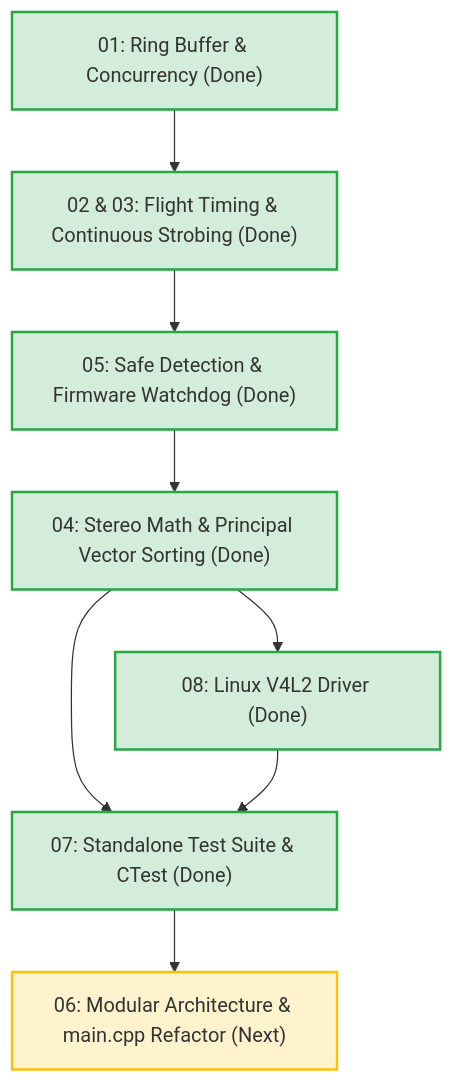
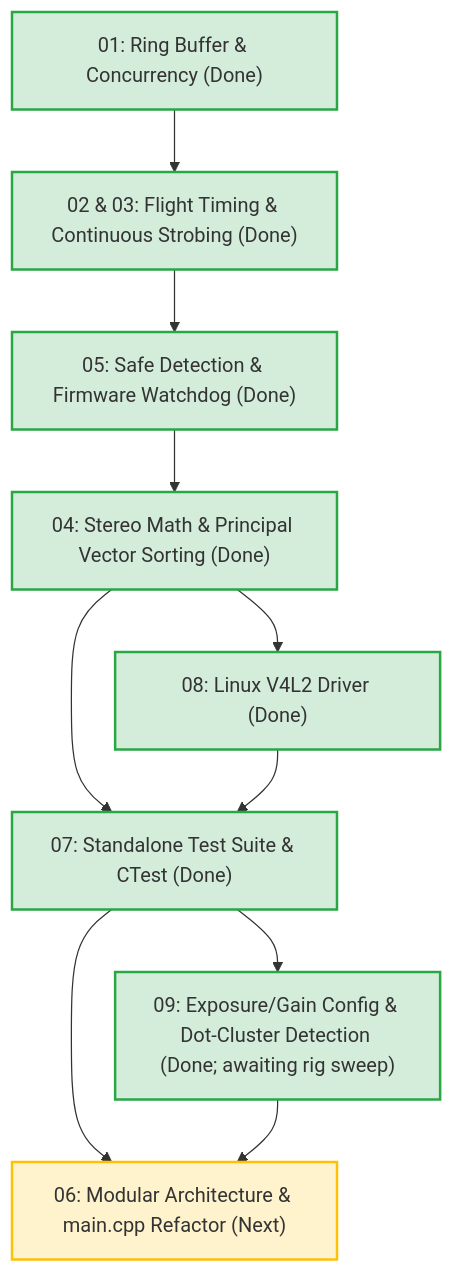
Before and after one commit to hward7044/GolfSim: the diagram in docs/refactor/README.md, drawn with Mermaid. The commit also changed other lines of this file and 34 other files, not shown here.

Commit message:
dot cluster and config impl

````diff
--- a/docs/refactor/README.md
+++ b/docs/refactor/README.md
@@ -24,18 +25,21 @@
 ```mermaid
 graph TD
     Phase1["01: Ring Buffer & Concurrency (Done)"] --> Phase2["02 & 03: Flight Timing & Continuous Strobing (Done)"]
     Phase2 --> Phase3["05: Safe Detection & Firmware Watchdog (Done)"]
     Phase3 --> Phase4["04: Stereo Math & Principal Vector Sorting (Done)"]
     Phase4 --> Phase5["07: Standalone Test Suite & CTest (Done)"]
     Phase5 --> Phase6["06: Modular Architecture & main.cpp Refactor (Next)"]
+    Phase5 --> Phase7["09: Exposure/Gain Config & Dot-Cluster Detection (Done; awaiting rig sweep)"]
+    Phase7 --> Phase6
     Phase4 --> Phase4b["08: Linux V4L2 Driver (Done)"]
     Phase4b --> Phase5
     
     style Phase1 fill:#d4edda,stroke:#28a745,stroke-width:2px;
     style Phase2 fill:#d4edda,stroke:#28a745,stroke-width:2px;
     style Phase3 fill:#d4edda,stroke:#28a745,stroke-width:2px;
     style Phase4 fill:#d4edda,stroke:#28a745,stroke-width:2px;
     style Phase4b fill:#d4edda,stroke:#28a745,stroke-width:2px;
     style Phase5 fill:#d4edda,stroke:#28a745,stroke-width:2px;
     style Phase6 fill:#fff3cd,stroke:#ffc107,stroke-width:2px;
+    style Phase7 fill:#d4edda,stroke:#28a745,stroke-width:2px;
 ```
````
